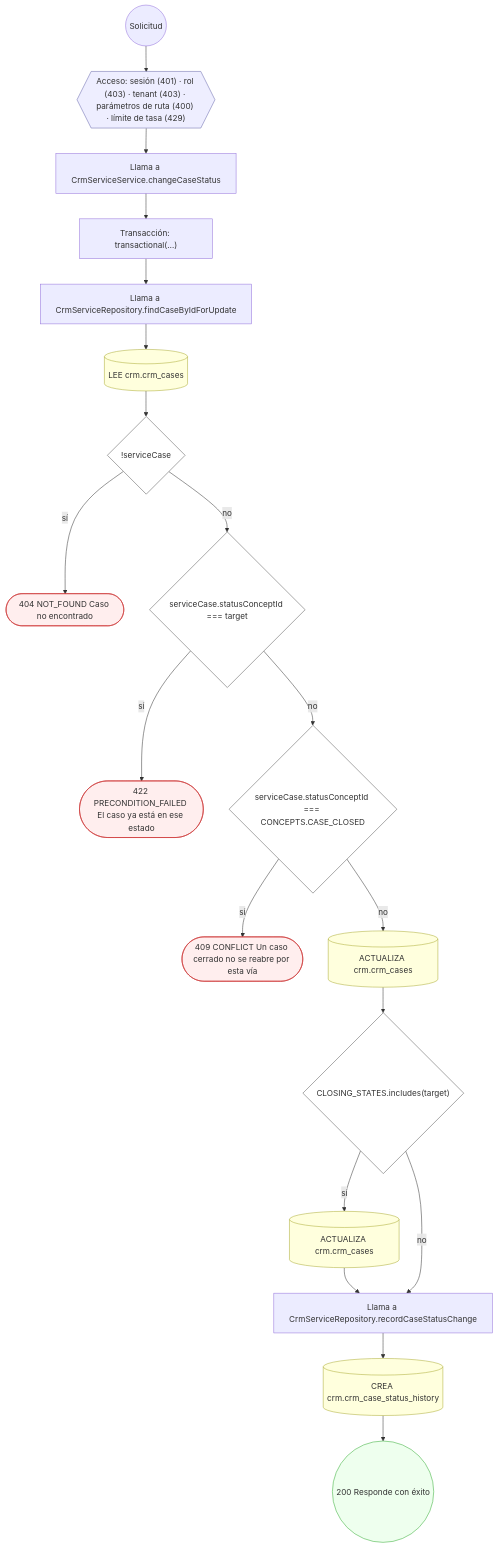
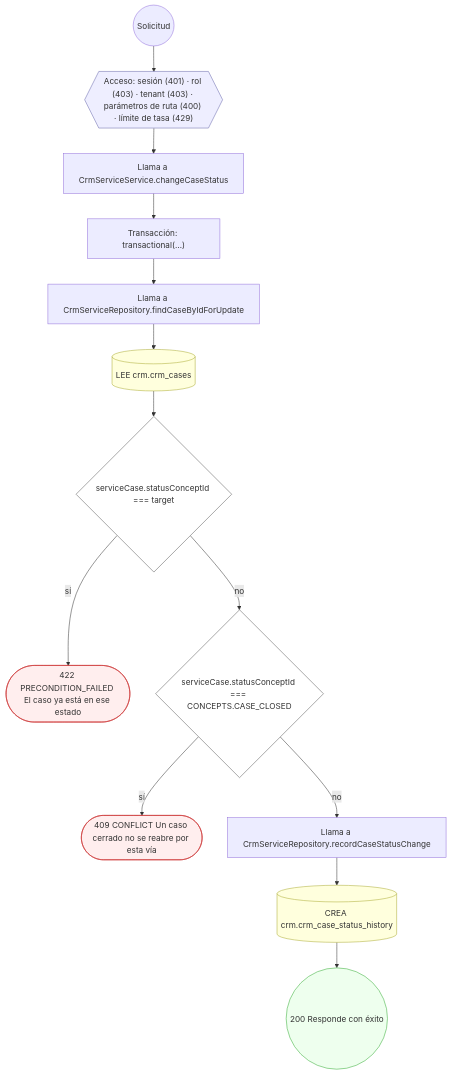
The seventh of 15 diagrams in docs/inventario/flujos/crm.md (mdavila-2001/mantra-core-health-api), drawn with Mermaid before and after one commit. The commit also changed other lines of this file and 438 other files, not shown here.

````diff
--- a/docs/inventario/flujos/crm.md
+++ b/docs/inventario/flujos/crm.md
@@ -467,45 +457,34 @@
 ```mermaid
 flowchart TD
   n1(("Solicitud")):::inicio
   n2{{"Acceso: sesión (401) · rol (403) · tenant (403) · parámetros de ruta (400) · límite de tasa (429)"}}:::acceso
   n1 --> n2
   n3["Llama a CrmServiceService.changeCaseStatus"]:::llamada
   n2 --> n3
   n4["Transacción: transactional(…)"]:::transaccion
   n3 --> n4
   n5["Llama a CrmServiceRepository.findCaseByIdForUpdate"]:::llamada
   n4 --> n5
   n6[("LEE crm.crm_cases")]:::efecto
   n5 --> n6
-  n7{"!serviceCase"}:::decision
+  n7{"serviceCase.statusConceptId === target"}:::decision
   n6 --> n7
-  n8(["404 NOT_FOUND Caso no encontrado"]):::error
+  n8(["422 PRECONDITION_FAILED El caso ya está en ese estado"]):::error
   n7 -->|"sí"| n8
-  n9{"serviceCase.statusConceptId === target"}:::decision
+  n9{"serviceCase.statusConceptId === CONCEPTS.CASE_CLOSED"}:::decision
   n7 -->|"no"| n9
-  n10(["422 PRECONDITION_FAILED El caso ya está en ese estado"]):::error
+  n10(["409 CONFLICT Un caso cerrado no se reabre por esta vía"]):::error
   n9 -->|"sí"| n10
-  n11{"serviceCase.statusConceptId === CONCEPTS.CASE_CLOSED"}:::decision
+  n11["Llama a CrmServiceRepository.recordCaseStatusChange"]:::llamada
   n9 -->|"no"| n11
-  n12(["409 CONFLICT Un caso cerrado no se reabre por esta vía"]):::error
-  n11 -->|"sí"| n12
-  n13[("ACTUALIZA crm.crm_cases")]:::efecto
-  n11 -->|"no"| n13
-  n14{"CLOSING_STATES.includes(target)"}:::decision
-  n13 --> n14
-  n15[("ACTUALIZA crm.crm_cases")]:::efecto
-  n14 -->|"sí"| n15
-  n16["Llama a CrmServiceRepository.recordCaseStatusChange"]:::llamada
-  n15 --> n16
-  n14 -->|"no"| n16
-  n17[("CREA crm.crm_case_status_history")]:::efecto
-  n16 --> n17
-  n18(("200 Responde con éxito")):::ok
-  n17 --> n18
+  n12[("CREA crm.crm_case_status_history")]:::efecto
+  n11 --> n12
+  n13(("200 Responde con éxito")):::ok
+  n12 --> n13
   classDef acceso fill:#eef,stroke:#66a
   classDef error fill:#fee,stroke:#c33
   classDef ok fill:#efe,stroke:#3a3
   classDef efecto fill:#ffd,stroke:#aa3
   classDef decision fill:#fff,stroke:#555
   classDef corte fill:#eee,stroke:#999,stroke-dasharray: 4
 ```
````
